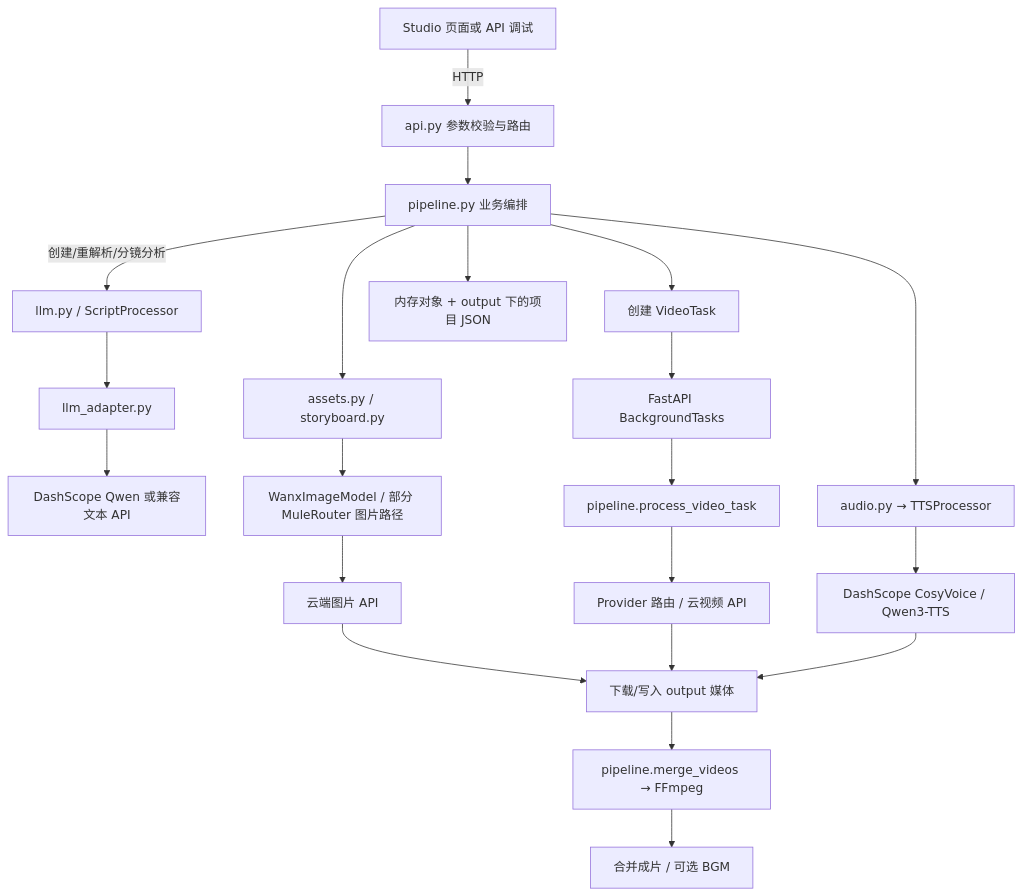
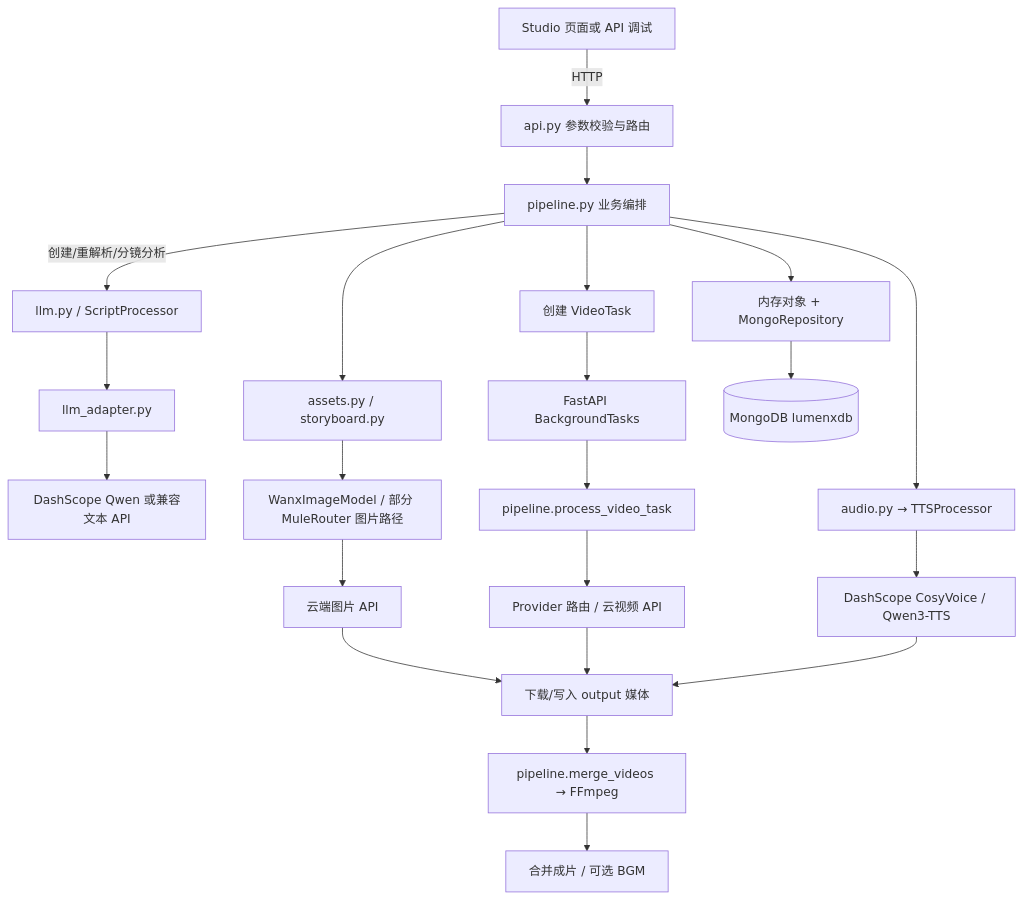
The second of 3 diagrams in docs/agents/deliverables/2026-10-13-后端差距评估与三周实施计划.md (perfectbullet/lumenx), drawn with Mermaid before and after one commit. The commit also changed other lines of this file and 3 other files, not shown here.

````diff
--- a/docs/agents/deliverables/2026-10-13-后端差距评估与三周实施计划.md
+++ b/docs/agents/deliverables/2026-10-13-后端差距评估与三周实施计划.md
@@ -164,23 +166,24 @@
 ```mermaid
 flowchart TD
     UI[Studio 页面或 API 调试] -->|HTTP| API[api.py 参数校验与路由]
     API --> P[pipeline.py 业务编排]
     P -->|创建/重解析/分镜分析| L[llm.py / ScriptProcessor]
     L --> LA[llm_adapter.py]
     LA --> LC[DashScope Qwen 或兼容文本 API]
     P --> I[assets.py / storyboard.py]
     I --> IC[WanxImageModel / 部分 MuleRouter 图片路径]
     IC --> CLOUDI[云端图片 API]
     P --> T[创建 VideoTask]
     T --> BG[FastAPI BackgroundTasks]
     BG --> V[pipeline.process_video_task]
     V --> VC[Provider 路由 / 云视频 API]
     P --> A[audio.py → TTSProcessor]
     A --> AC[DashScope CosyVoice / Qwen3-TTS]
-    P --> J[内存对象 + output 下的项目 JSON]
+    P --> J[内存对象 + MongoRepository]
+    J --> DBNOW[(MongoDB lumenxdb)]
     CLOUDI --> M[下载/写入 output 媒体]
     VC --> M
     AC --> M
     M --> F[pipeline.merge_videos → FFmpeg]
     F --> OUT[合并成片 / 可选 BGM]
 ```
````
